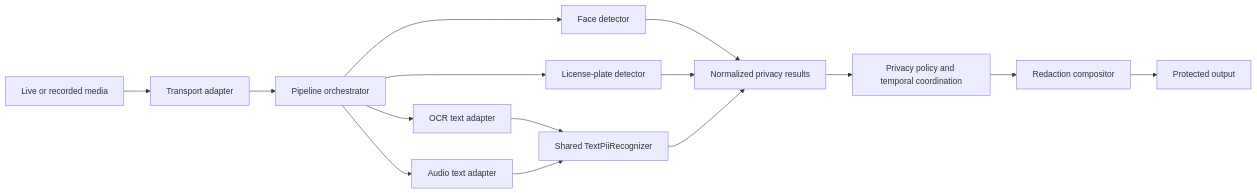
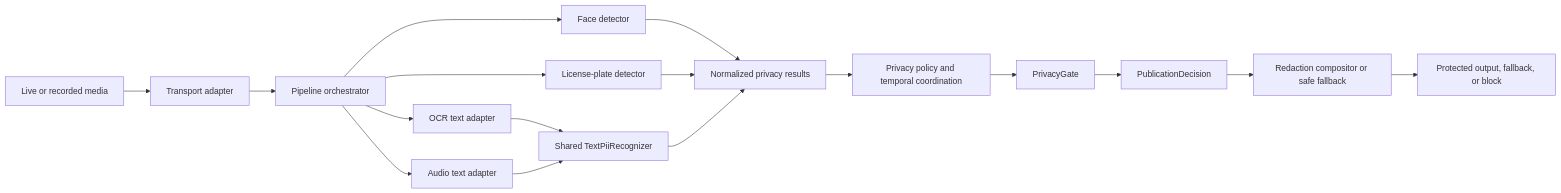
Before and after one commit to TikTokTechJam/Mock2025: the first of 5 diagrams in docs/ARCHITECTURE.md, drawn with Mermaid. The commit also changed other lines of this file and 13 other files, not shown here.

Commit message:
Add centralized privacy publication gate

````diff
--- a/docs/ARCHITECTURE.md
+++ b/docs/ARCHITECTURE.md
@@ -68,17 +71,19 @@
 ```mermaid
 flowchart LR
     A[Live or recorded media] --> B[Transport adapter]
     B --> C[Pipeline orchestrator]
     C --> D[Face detector]
     C --> E[License-plate detector]
     C --> F[OCR text adapter]
     C --> G[Audio text adapter]
     F --> T[Shared TextPiiRecognizer]
     G --> T
     D --> H[Normalized privacy results]
     E --> H
     T --> H
     H --> I[Privacy policy and temporal coordination]
-    I --> J[Redaction compositor]
-    J --> K[Protected output]
+    I --> J[PrivacyGate]
+    J --> K[PublicationDecision]
+    K --> L[Redaction compositor or safe fallback]
+    L --> M[Protected output, fallback, or block]
 ```
````
